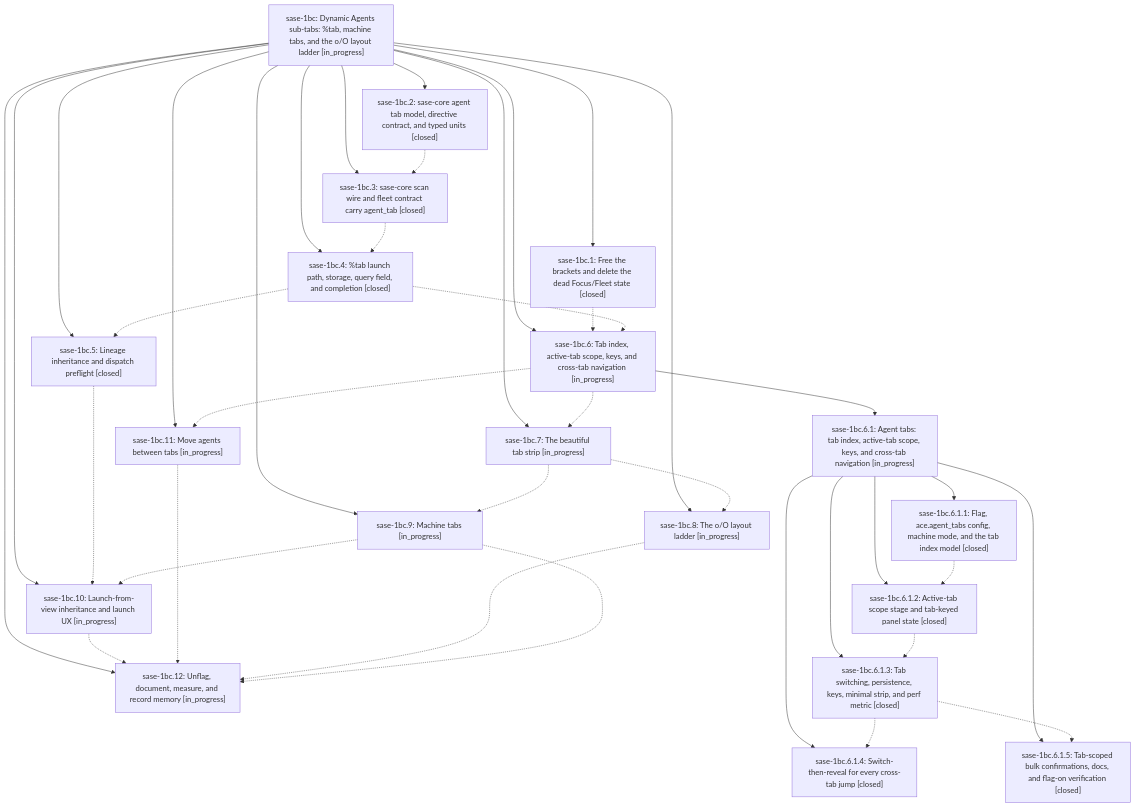
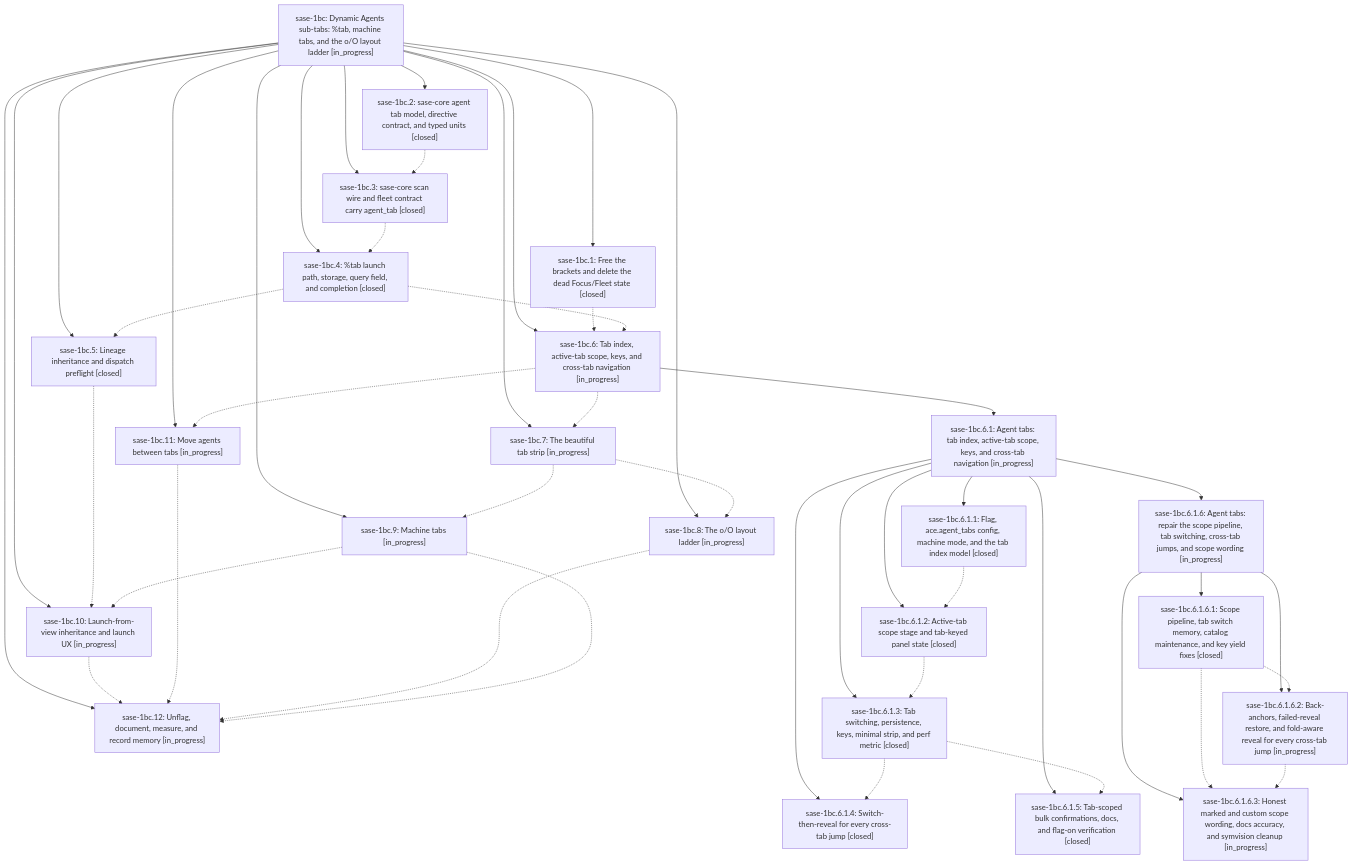
One commit to sase-org/sase--beads changed the diagram in pages/sase-1bc/README.md. Above: the diagram before and after it, drawn with Mermaid. The commit also changed other lines of this file and 6 other files, not shown here.

````diff
--- a/pages/sase-1bc/README.md
+++ b/pages/sase-1bc/README.md
@@ -53,59 +53,70 @@
 ```mermaid
 flowchart TD
     n0["sase-1bc: Dynamic Agents sub-tabs: %tab, machine tabs, and the o/O layout ladder [in_progress]"]
     n1["sase-1bc.1: Free the brackets and delete the dead Focus/Fleet state [closed]"]
     n2["sase-1bc.10: Launch-from-view inheritance and launch UX [in_progress]"]
     n3["sase-1bc.11: Move agents between tabs [in_progress]"]
     n4["sase-1bc.12: Unflag, document, measure, and record memory [in_progress]"]
     n5["sase-1bc.2: sase-core agent tab model, directive contract, and typed units [closed]"]
     n6["sase-1bc.3: sase-core scan wire and fleet contract carry agent_tab [closed]"]
     n7["sase-1bc.4: %tab launch path, storage, query field, and completion [closed]"]
     n8["sase-1bc.5: Lineage inheritance and dispatch preflight [closed]"]
     n9["sase-1bc.6: Tab index, active-tab scope, keys, and cross-tab navigation [in_progress]"]
     n10["sase-1bc.6.1: Agent tabs: tab index, active-tab scope, keys, and cross-tab navigation [in_progress]"]
     n11["sase-1bc.6.1.1: Flag, ace.agent_tabs config, machine mode, and the tab index model [closed]"]
     n12["sase-1bc.6.1.2: Active-tab scope stage and tab-keyed panel state [closed]"]
     n13["sase-1bc.6.1.3: Tab switching, persistence, keys, minimal strip, and perf metric [closed]"]
     n14["sase-1bc.6.1.4: Switch-then-reveal for every cross-tab jump [closed]"]
     n15["sase-1bc.6.1.5: Tab-scoped bulk confirmations, docs, and flag-on verification [closed]"]
-    n16["sase-1bc.7: The beautiful tab strip [in_progress]"]
-    n17["sase-1bc.8: The o/O layout ladder [in_progress]"]
-    n18["sase-1bc.9: Machine tabs [in_progress]"]
+    n16["sase-1bc.6.1.6: Agent tabs: repair the scope pipeline, tab switching, cross-tab jumps, and scope wording [in_progress]"]
+    n17["sase-1bc.6.1.6.1: Scope pipeline, tab switch memory, catalog maintenance, and key yield fixes [closed]"]
+    n18["sase-1bc.6.1.6.2: Back-anchors, failed-reveal restore, and fold-aware reveal for every cross-tab jump [in_progress]"]
+    n19["sase-1bc.6.1.6.3: Honest marked and custom scope wording, docs accuracy, and symvision cleanup [in_progress]"]
+    n20["sase-1bc.7: The beautiful tab strip [in_progress]"]
+    n21["sase-1bc.8: The o/O layout ladder [in_progress]"]
+    n22["sase-1bc.9: Machine tabs [in_progress]"]
     n0 --> n1
     n0 --> n2
     n0 --> n3
     n0 --> n4
     n0 --> n5
     n0 --> n6
     n0 --> n7
     n0 --> n8
     n0 --> n9
     n9 --> n10
     n10 --> n11
     n10 --> n12
     n10 --> n13
     n10 --> n14
     n10 --> n15
-    n0 --> n16
-    n0 --> n17
-    n0 --> n18
+    n10 --> n16
+    n16 --> n17
+    n16 --> n18
+    n16 --> n19
+    n0 --> n20
+    n0 --> n21
+    n0 --> n22
     n1 -.-> n9
     n2 -.-> n4
     n3 -.-> n4
     n5 -.-> n6
     n6 -.-> n7
     n7 -.-> n8
     n7 -.-> n9
     n8 -.-> n2
     n9 -.-> n3
-    n9 -.-> n16
+    n9 -.-> n20
     n11 -.-> n12
     n12 -.-> n13
     n13 -.-> n14
     n13 -.-> n15
-    n16 -.-> n17
-    n16 -.-> n18
-    n17 -.-> n4
-    n18 -.-> n2
-    n18 -.-> n4
+    n17 -.-> n18
+    n17 -.-> n19
+    n18 -.-> n19
+    n20 -.-> n21
+    n20 -.-> n22
+    n21 -.-> n4
+    n22 -.-> n2
+    n22 -.-> n4
 ```
````
